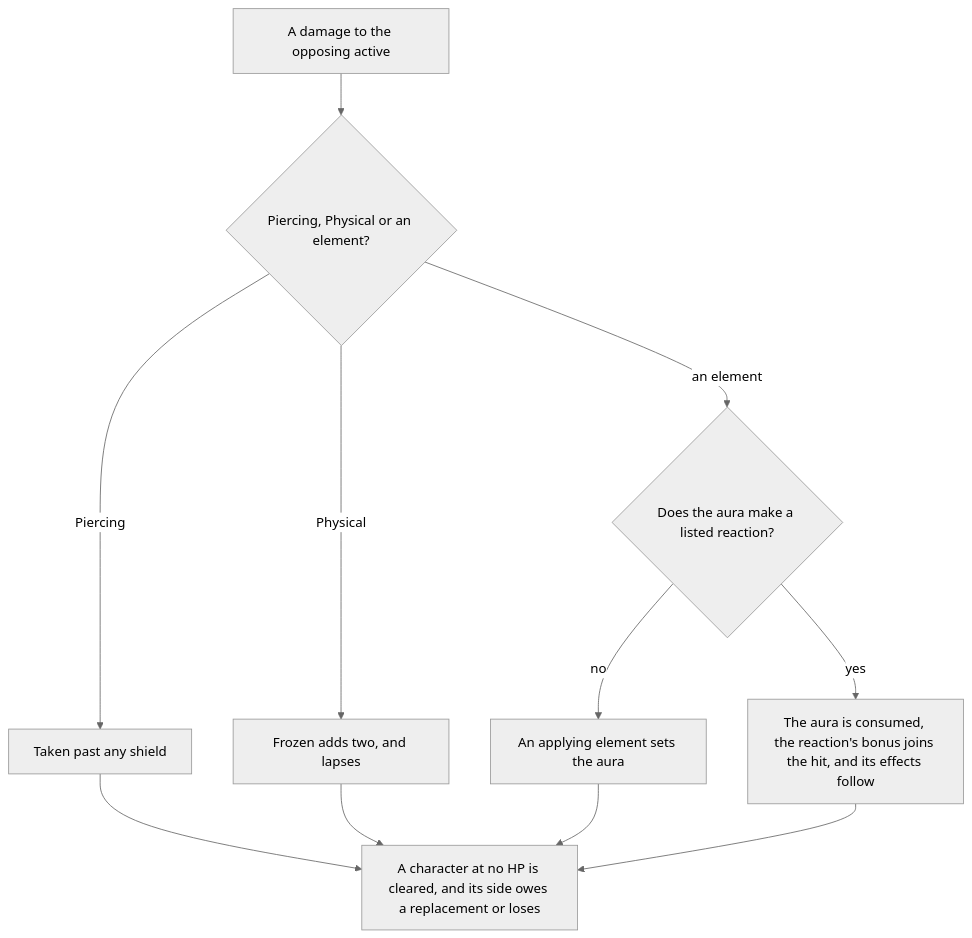
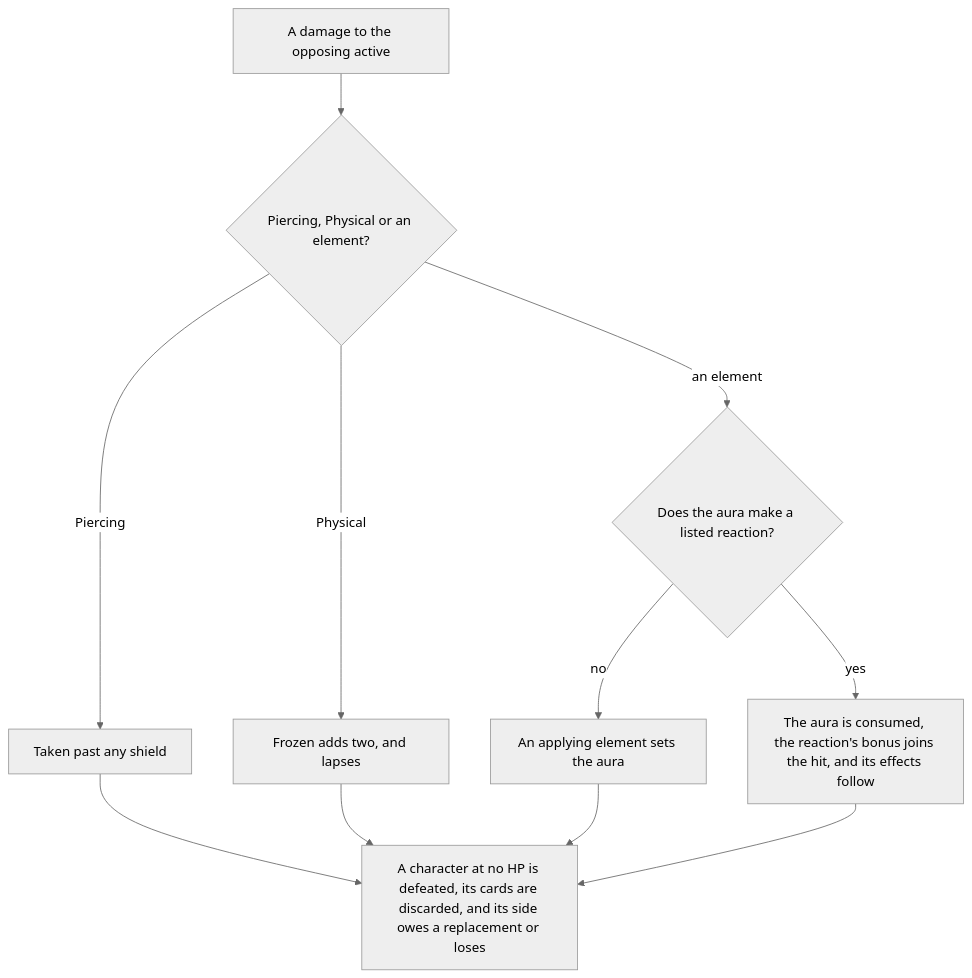
Before and after one commit to Esposter/Esposter: the second of 2 diagrams in openspec/specs/genshin/genius-invokation/rules/design.md, drawn with Mermaid (neutral theme). The commit also changed 5 other files, not shown here.

First line of the commit message:
fix(genshin-world): a defeat discards the character's equipment and statuses

````diff
--- a/openspec/specs/genshin/genius-invokation/rules/design.md
+++ b/openspec/specs/genshin/genius-invokation/rules/design.md
@@ -51,13 +51,13 @@
 ```mermaid
 flowchart TD
   HIT["A damage to the opposing active"] --> KIND{"Piercing, Physical or an element?"}
   KIND -->|"Piercing"| PIERCE["Taken past any shield"]
   KIND -->|"Physical"| FROZEN["Frozen adds two, and lapses"]
   KIND -->|"an element"| AURA{"Does the aura make a listed reaction?"}
   AURA -->|"no"| APPLY["An applying element sets the aura"]
   AURA -->|"yes"| REACT["The aura is consumed, the reaction's bonus joins the hit, and its effects follow"]
-  PIERCE --> DEFEAT["A character at no HP is cleared, and its side owes a replacement or loses"]
+  PIERCE --> DEFEAT["A character at no HP is defeated, its cards are discarded, and its side owes a replacement or loses"]
   FROZEN --> DEFEAT
   APPLY --> DEFEAT
   REACT --> DEFEAT
 ```
````
